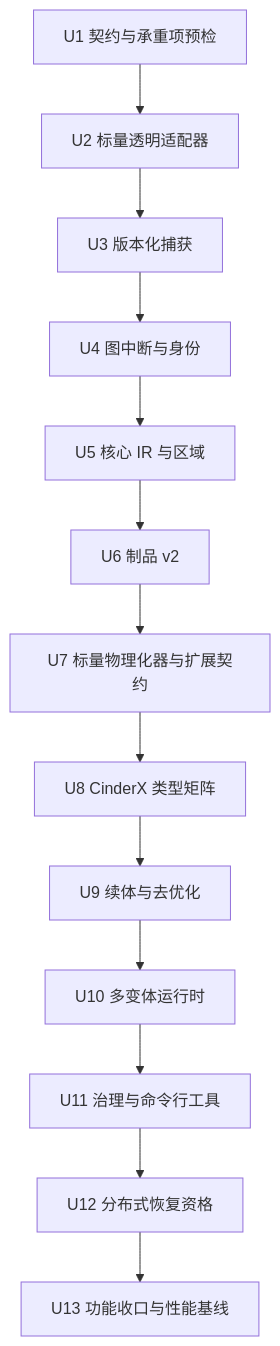
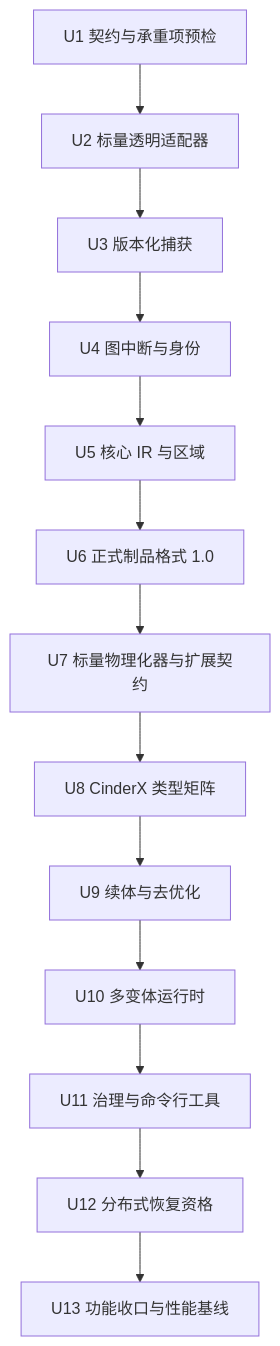
Before and after one commit to 213start/python-udf-jit: the fourth of 4 diagrams in docs/plans/2026-07-26-001-feat-mainline-production-completion-plan.md, drawn with Mermaid. The commit also changed other lines of this file and 2 other files, not shown here.

````diff
--- a/docs/plans/2026-07-26-001-feat-mainline-production-completion-plan.md
+++ b/docs/plans/2026-07-26-001-feat-mainline-production-completion-plan.md
@@ -279,15 +271,15 @@
 ```mermaid
 flowchart TB
   U1["U1 契约与承重项预检"] --> U2["U2 标量透明适配器"]
   U2 --> U3["U3 版本化捕获"]
   U3 --> U4["U4 图中断与身份"]
   U4 --> U5["U5 核心 IR 与区域"]
-  U5 --> U6["U6 制品 v2"]
+  U5 --> U6["U6 正式制品格式 1.0"]
   U6 --> U7["U7 标量物理化器与扩展契约"]
   U7 --> U8["U8 CinderX 类型矩阵"]
   U8 --> U9["U9 续体与去优化"]
   U9 --> U10["U10 多变体运行时"]
   U10 --> U11["U11 治理与命令行工具"]
   U11 --> U12["U12 分布式恢复资格"]
   U12 --> U13["U13 功能收口与性能基线"]
 ```
````
